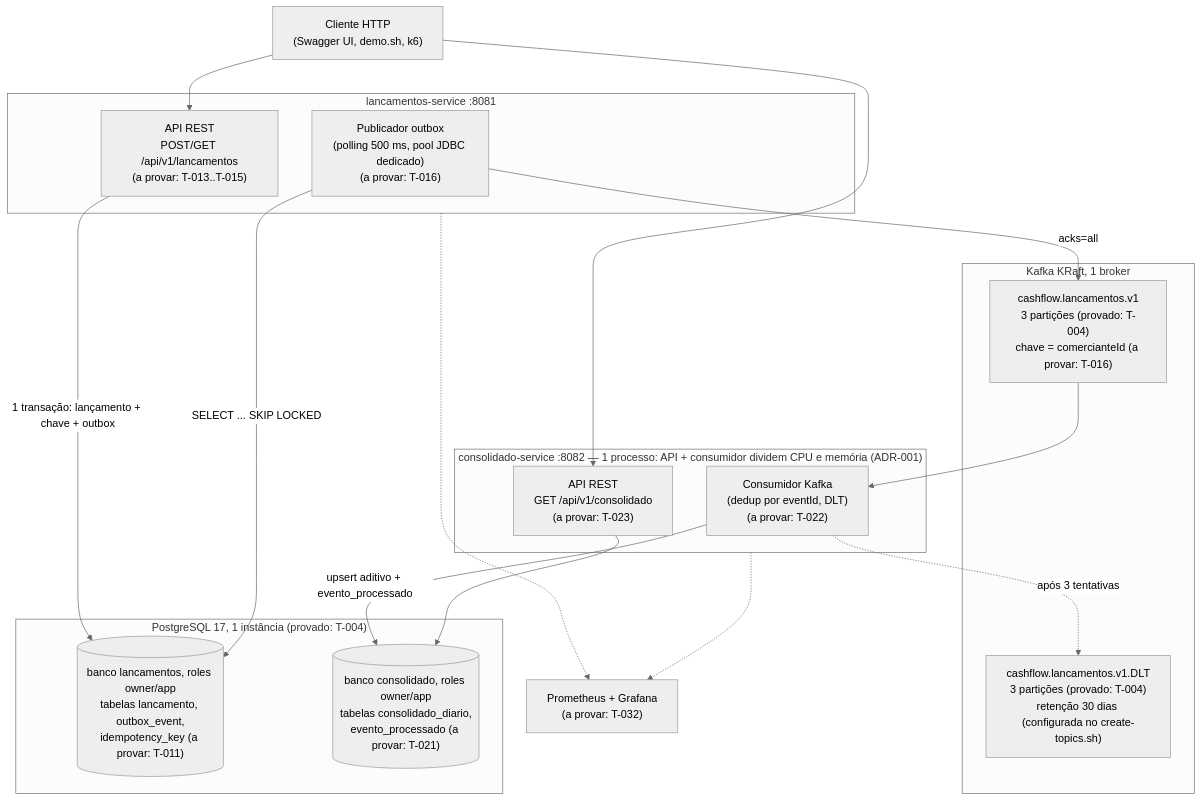
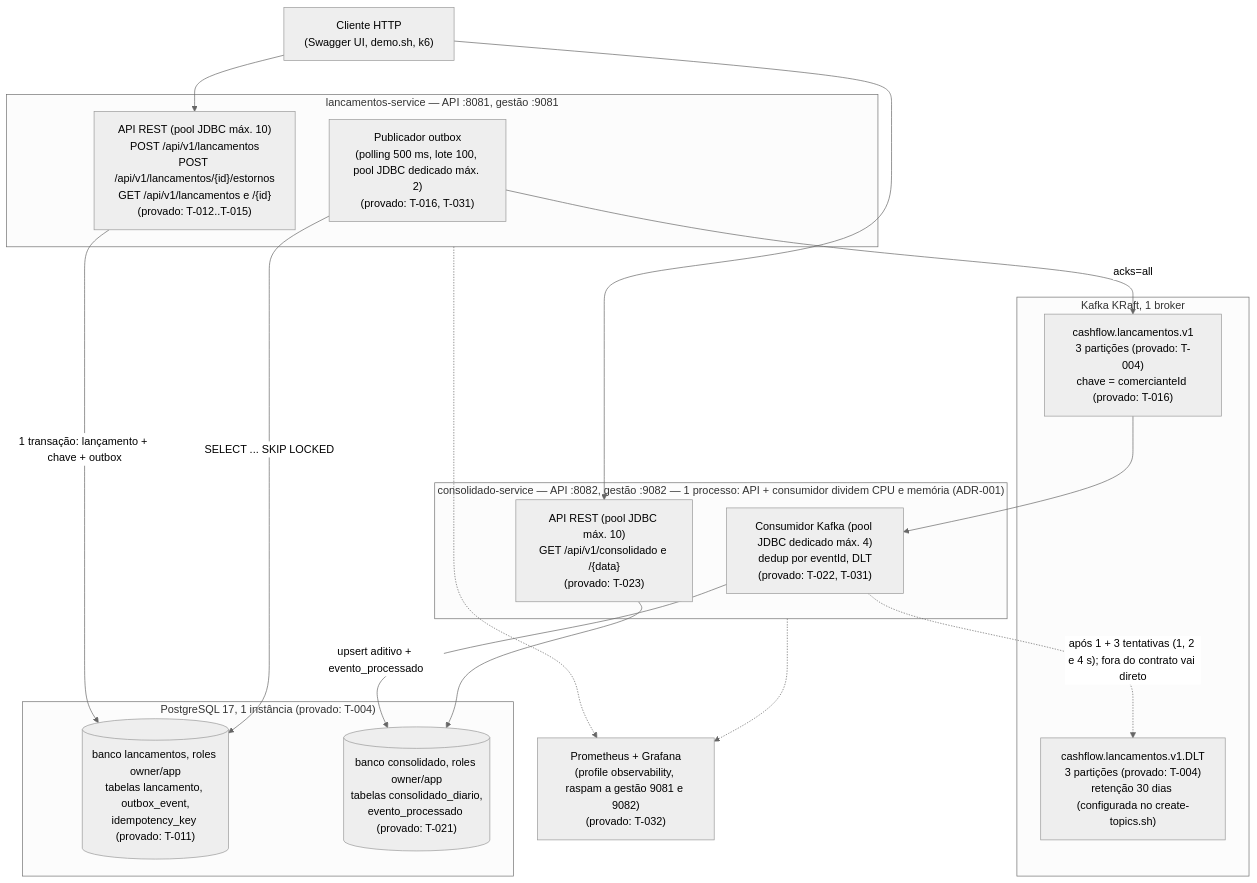
The second of 7 diagrams in docs/architecture/architecture.md (VictorLeaSilva/cashflow-platform), drawn with Mermaid (neutral theme) before and after one commit. The commit also changed other lines of this file and 3 other files, not shown here.

````diff
--- a/docs/architecture/architecture.md
+++ b/docs/architecture/architecture.md
@@ -91,38 +94,38 @@
 ```mermaid
 flowchart TB
     cli["Cliente HTTP<br/>(Swagger UI, demo.sh, k6)"]
 
-    subgraph L["lancamentos-service :8081"]
-      lapi["API REST<br/>POST/GET /api/v1/lancamentos<br/>(a provar: T-013..T-015)"]
-      lpub["Publicador outbox<br/>(polling 500 ms, pool JDBC dedicado)<br/>(a provar: T-016)"]
+    subgraph L["lancamentos-service — API :8081, gestão :9081"]
+      lapi["API REST (pool JDBC máx. 10)<br/>POST /api/v1/lancamentos<br/>POST /api/v1/lancamentos/{id}/estornos<br/>GET /api/v1/lancamentos e /{id}<br/>(provado: T-012..T-015)"]
+      lpub["Publicador outbox<br/>(polling 500 ms, lote 100, pool JDBC dedicado máx. 2)<br/>(provado: T-016, T-031)"]
     end
 
-    subgraph C["consolidado-service :8082 — 1 processo: API + consumidor dividem CPU e memória (ADR-001)"]
-      capi["API REST<br/>GET /api/v1/consolidado<br/>(a provar: T-023)"]
-      ccons["Consumidor Kafka<br/>(dedup por eventId, DLT)<br/>(a provar: T-022)"]
+    subgraph C["consolidado-service — API :8082, gestão :9082 — 1 processo: API + consumidor dividem CPU e memória (ADR-001)"]
+      capi["API REST (pool JDBC máx. 10)<br/>GET /api/v1/consolidado e /{data}<br/>(provado: T-023)"]
+      ccons["Consumidor Kafka (pool JDBC dedicado máx. 4)<br/>dedup por eventId, DLT<br/>(provado: T-022, T-031)"]
     end
 
     subgraph PG["PostgreSQL 17, 1 instância (provado: T-004)"]
-      dbl[("banco lancamentos, roles owner/app<br/>tabelas lancamento, outbox_event,<br/>idempotency_key (a provar: T-011)")]
-      dbc[("banco consolidado, roles owner/app<br/>tabelas consolidado_diario,<br/>evento_processado (a provar: T-021)")]
+      dbl[("banco lancamentos, roles owner/app<br/>tabelas lancamento, outbox_event,<br/>idempotency_key (provado: T-011)")]
+      dbc[("banco consolidado, roles owner/app<br/>tabelas consolidado_diario,<br/>evento_processado (provado: T-021)")]
     end
 
     subgraph K["Kafka KRaft, 1 broker"]
-      t["cashflow.lancamentos.v1<br/>3 partições (provado: T-004)<br/>chave = comercianteId (a provar: T-016)"]
+      t["cashflow.lancamentos.v1<br/>3 partições (provado: T-004)<br/>chave = comercianteId (provado: T-016)"]
       dlt["cashflow.lancamentos.v1.DLT<br/>3 partições (provado: T-004)<br/>retenção 30 dias (configurada no create-topics.sh)"]
     end
 
-    prom["Prometheus + Grafana<br/>(a provar: T-032)"]
+    prom["Prometheus + Grafana<br/>(profile observability, raspam a gestão 9081 e 9082)<br/>(provado: T-032)"]
 
     cli --> lapi
     cli --> capi
     lapi -->|"1 transação: lançamento + chave + outbox"| dbl
     lpub -->|"SELECT ... SKIP LOCKED"| dbl
     lpub -->|"acks=all"| t
     t --> ccons
     ccons -->|"upsert aditivo + evento_processado"| dbc
-    ccons -.->|"após 3 tentativas"| dlt
+    ccons -.->|"após 1 + 3 tentativas (1, 2 e 4 s); fora do contrato vai direto"| dlt
     capi --> dbc
     L -.-> prom
     C -.-> prom
 ```
````
